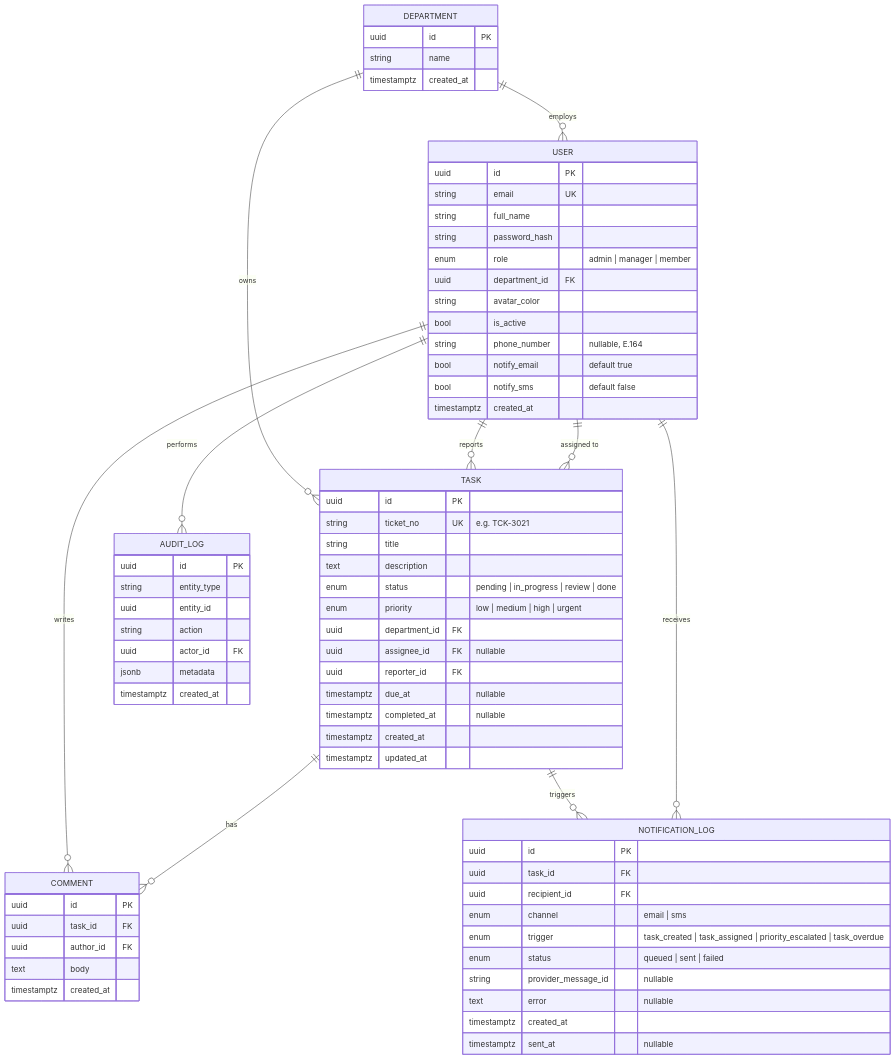
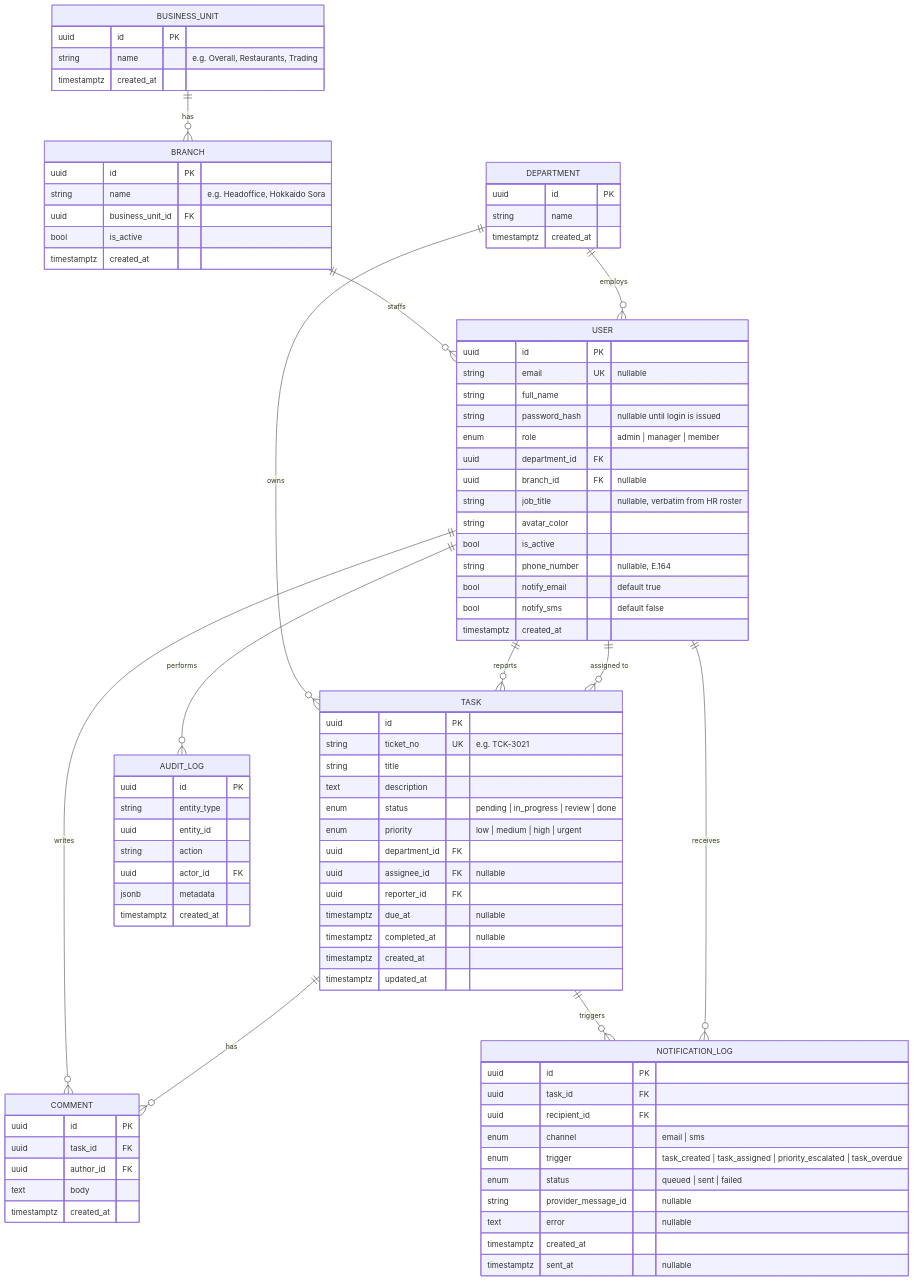
One commit to maheshmahara/Ticket-Management-System- changed the diagram in docs/BACKEND_ARCHITECTURE.md. Above: the diagram before and after it, drawn with Mermaid. The commit also changed other lines of this file and 8 other files, not shown here.

````diff
--- a/docs/BACKEND_ARCHITECTURE.md
+++ b/docs/BACKEND_ARCHITECTURE.md
@@ -38,5 +38,7 @@
 ```mermaid
 erDiagram
+    BUSINESS_UNIT ||--o{ BRANCH : "has"
+    BRANCH ||--o{ USER : "staffs"
     DEPARTMENT ||--o{ USER : "employs"
     DEPARTMENT ||--o{ TASK : "owns"
     USER ||--o{ TASK : "reports"
@@ -47,6 +49,20 @@
     TASK ||--o{ NOTIFICATION_LOG : "triggers"
     USER ||--o{ NOTIFICATION_LOG : "receives"
 
+    BUSINESS_UNIT {
+        uuid id PK
+        string name "e.g. Overall, Restaurants, Trading"
+        timestamptz created_at
+    }
+
+    BRANCH {
+        uuid id PK
+        string name "e.g. Headoffice, Hokkaido Sora"
+        uuid business_unit_id FK
+        bool is_active
+        timestamptz created_at
+    }
+
     DEPARTMENT {
         uuid id PK
         string name
@@ -55,11 +71,13 @@
 
     USER {
         uuid id PK
-        string email UK
+        string email UK "nullable"
         string full_name
-        string password_hash
+        string password_hash "nullable until login is issued"
         enum role "admin | manager | member"
         uuid department_id FK
+        uuid branch_id FK "nullable"
+        string job_title "nullable, verbatim from HR roster"
         string avatar_color
         bool is_active
         string phone_number "nullable, E.164"
````
